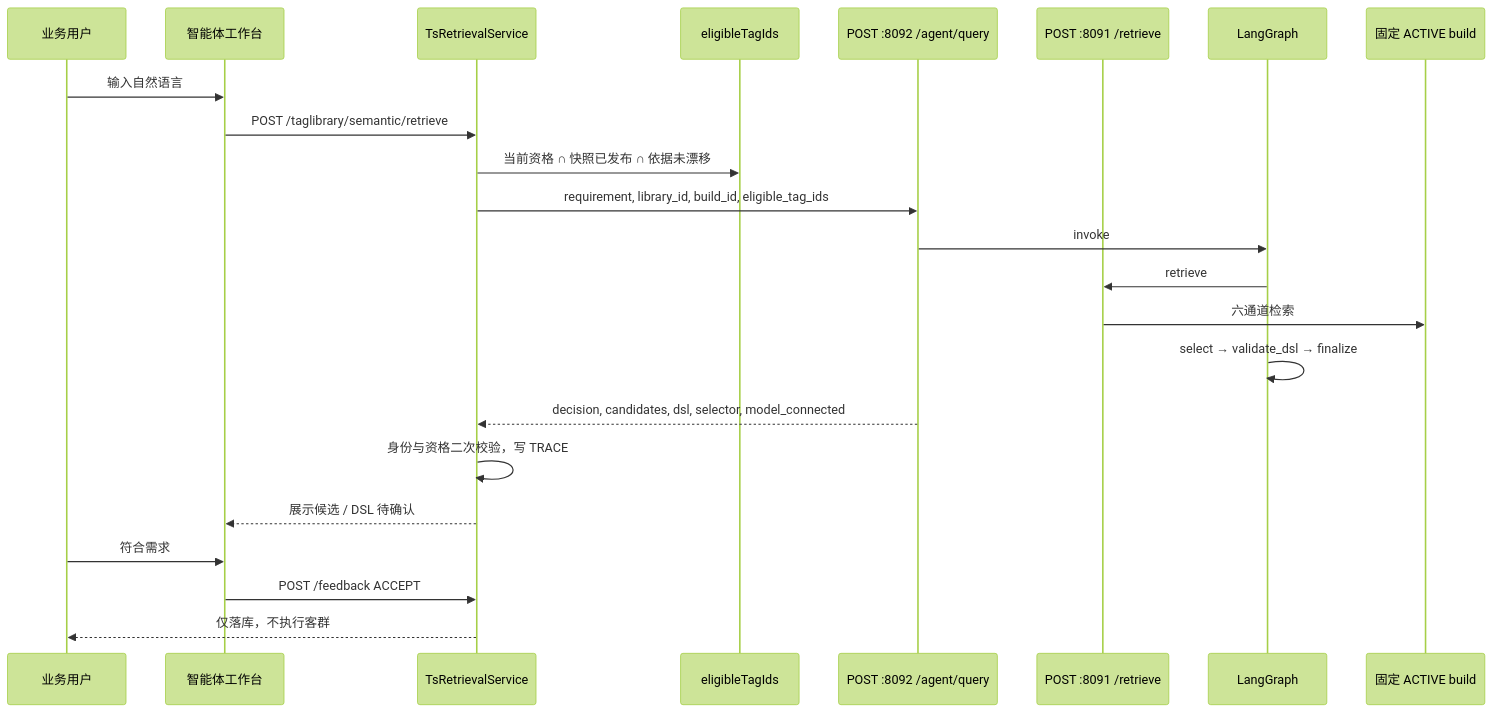
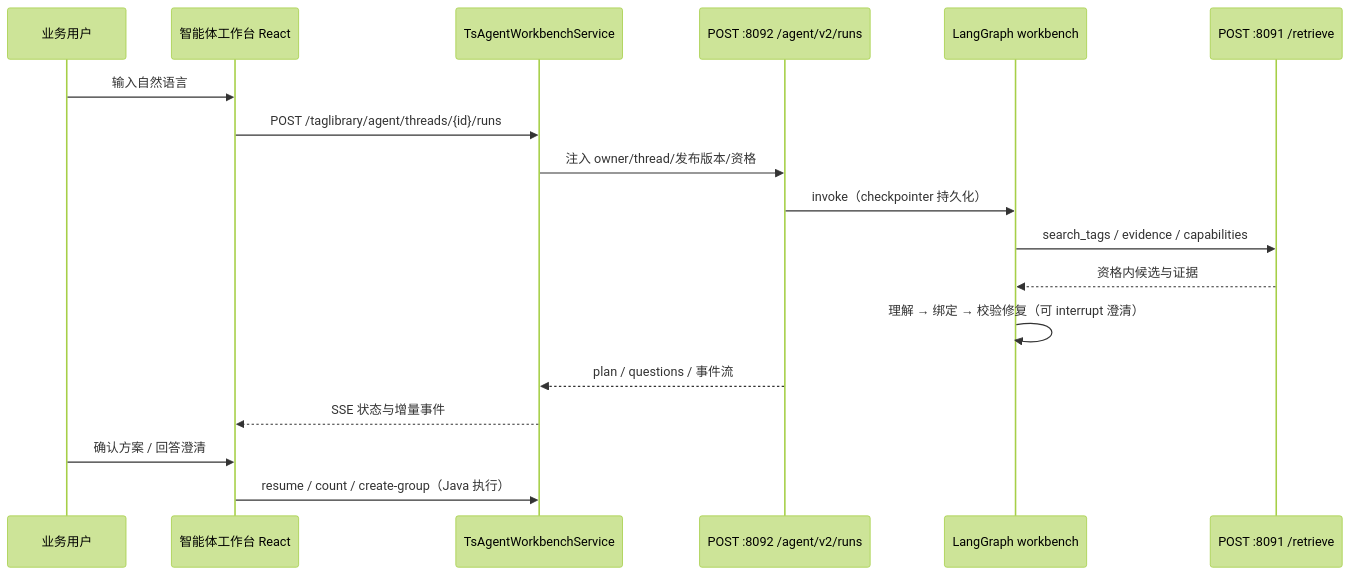
Before and after one commit to WeiZhenshan/tagpilot: the fourth of 4 diagrams in docs/architecture/标签语义引擎与Agent编排层.md, drawn with Mermaid (forest theme). The commit also changed other lines of this file and 49 other files, not shown here.

````diff
--- a/docs/architecture/标签语义引擎与Agent编排层.md
+++ b/docs/architecture/标签语义引擎与Agent编排层.md
@@ -285,26 +253,21 @@
 ```mermaid
 sequenceDiagram
   participant U as 业务用户
-  participant Vue as 智能体工作台
-  participant Java as TsRetrievalService
-  participant Auth as eligibleTagIds
-  participant Py as POST :8092 /agent/query
+  participant R as 智能体工作台 React
+  participant Java as TsAgentWorkbenchService
+  participant Py as POST :8092 /agent/v2/runs
+  participant G as LangGraph workbench
   participant Sem as POST :8091 /retrieve
-  participant G as LangGraph
-  participant Idx as 固定 ACTIVE build
 
-  U->>Vue: 输入自然语言
-  Vue->>Java: POST /taglibrary/semantic/retrieve
-  Java->>Auth: 当前资格 ∩ 快照已发布 ∩ 依据未漂移
-  Java->>Py: requirement, library_id, build_id, eligible_tag_ids
-  Py->>G: invoke
-  G->>Sem: retrieve
-  Sem->>Idx: 六通道检索
-  G->>G: select → validate_dsl → finalize
-  Py-->>Java: decision, candidates, dsl, selector, model_connected
-  Java->>Java: 身份与资格二次校验，写 TRACE
-  Java-->>Vue: 展示候选 / DSL 待确认
-  U->>Vue: 符合需求
-  Vue->>Java: POST /feedback ACCEPT
-  Java-->>U: 仅落库，不执行客群
+  U->>R: 输入自然语言
+  R->>Java: POST /taglibrary/agent/threads/{id}/runs
+  Java->>Py: 注入 owner/thread/发布版本/资格
+  Py->>G: invoke（checkpointer 持久化）
+  G->>Sem: search_tags / evidence / capabilities
+  Sem-->>G: 资格内候选与证据
+  G->>G: 理解 → 绑定 → 校验修复（可 interrupt 澄清）
+  Py-->>Java: plan / questions / 事件流
+  Java-->>R: SSE 状态与增量事件
+  U->>R: 确认方案 / 回答澄清
+  R->>Java: resume / count / create-group（Java 执行）
 ```
````
